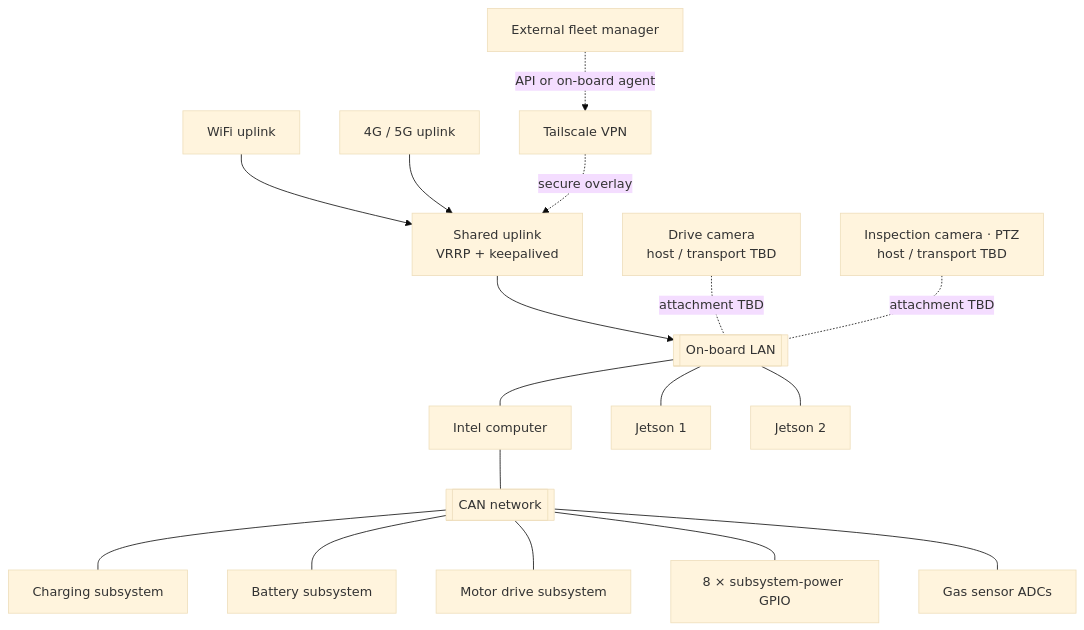
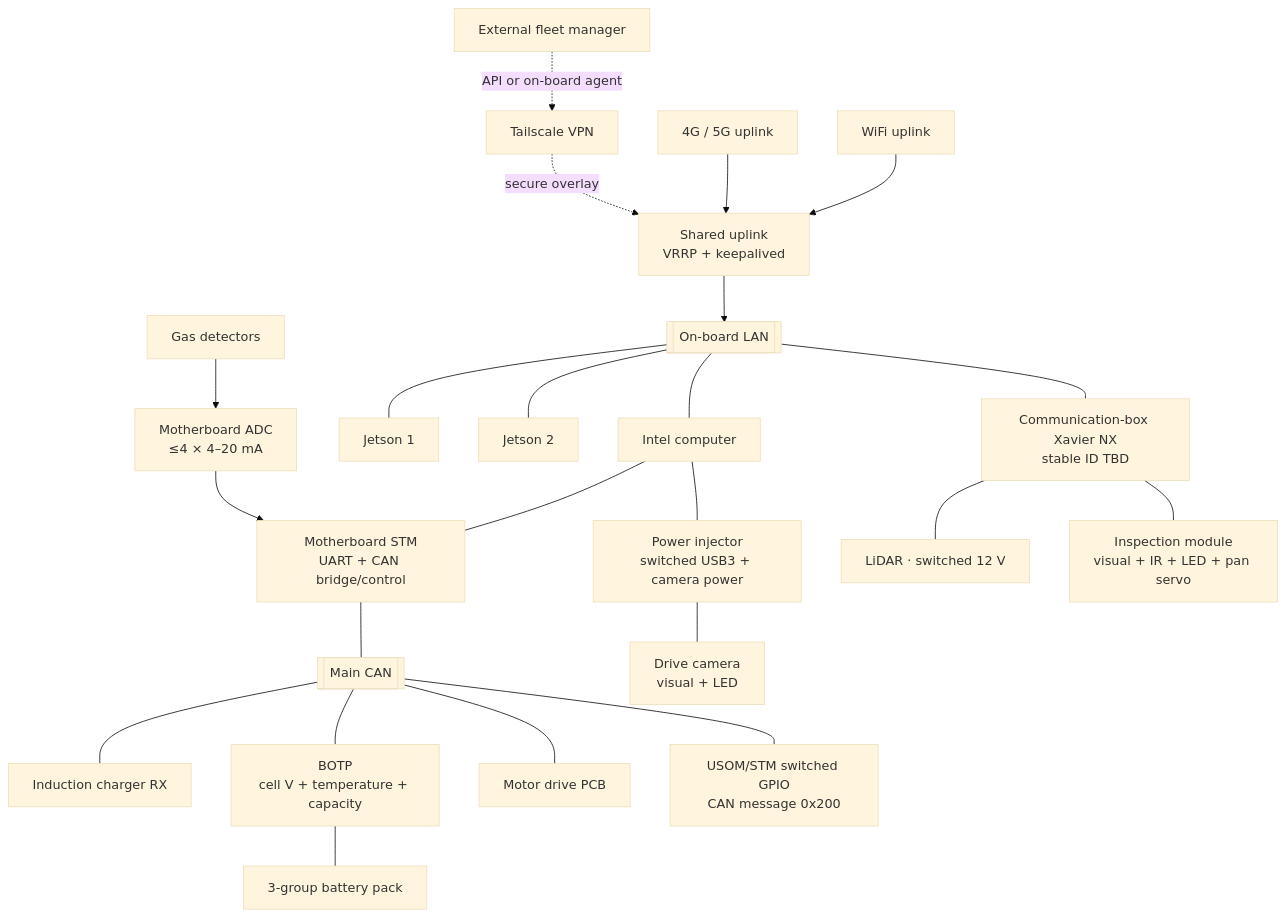
The first of 4 diagrams in docs/PLATFORM_SYSTEM_MODEL.md (JuerdMispelblomBeyer/exr-ui-study), drawn with Mermaid (base theme) before and after one commit. The commit also changed other lines of this file and 161 other files, not shown here.

````diff
--- a/docs/PLATFORM_SYSTEM_MODEL.md
+++ b/docs/PLATFORM_SYSTEM_MODEL.md
@@ -34,40 +63,51 @@
 ```mermaid
 flowchart TB
     FM[External fleet manager]
     VPN[Tailscale VPN]
     WIFI[WiFi uplink]
     CELL[4G / 5G uplink]
     HA[Shared uplink\nVRRP + keepalived]
     LAN[[On-board LAN]]
 
     INTEL[Intel computer]
     J1[Jetson 1]
     J2[Jetson 2]
 
-    CAN[[CAN network]]
-    CHG[Charging subsystem]
-    BAT[Battery subsystem]
-    MOTOR[Motor drive subsystem]
-    GPIO[8 × subsystem-power GPIO]
-    GAS[Gas sensor ADCs]
+    STM[Motherboard STM\nUART + CAN bridge/control]
+    CAN[[Main CAN]]
+    CHG[Induction charger RX]
+    BOTP[BOTP\ncell V + temperature + capacity]
+    BAT[3-group battery pack]
+    MOTOR[Motor drive PCB]
+    GPIO[USOM/STM switched GPIO\nCAN message 0x200]
+    ADC[Motherboard ADC\n≤4 × 4–20 mA]
+    GAS[Gas detectors]
 
-    DRIVE[Drive camera\nhost / transport TBD]
-    PTZ[Inspection camera · PTZ\nhost / transport TBD]
+    PINJ[Power injector\nswitched USB3 + camera power]
+    DRIVE[Drive camera\nvisual + LED]
+    COMMS[Communication-box Xavier NX\nstable ID TBD]
+    LIDAR[LiDAR · switched 12 V]
+    INSPECT[Inspection module\nvisual + IR + LED + pan servo]
 
     FM -. API or on-board agent .-> VPN
     WIFI --> HA
     CELL --> HA
     VPN -. secure overlay .-> HA
     HA --> LAN
     LAN --- INTEL
     LAN --- J1
     LAN --- J2
-    INTEL --- CAN
+    INTEL --- STM
+    STM --- CAN
     CAN --- CHG
-    CAN --- BAT
+    CAN --- BOTP
+    BOTP --- BAT
     CAN --- MOTOR
     CAN --- GPIO
-    CAN --- GAS
-    DRIVE -. attachment TBD .- LAN
-    PTZ -. attachment TBD .- LAN
+    GAS --> ADC --> STM
+    INTEL --- PINJ
+    PINJ --- DRIVE
+    LAN --- COMMS
+    COMMS --- LIDAR
+    COMMS --- INSPECT
 ```
````
